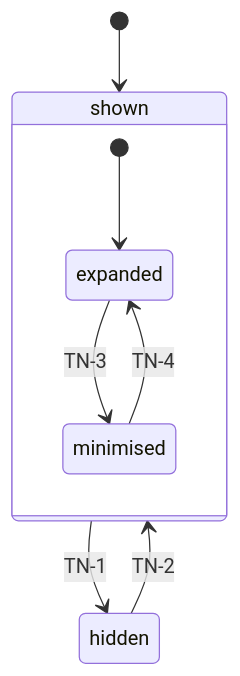
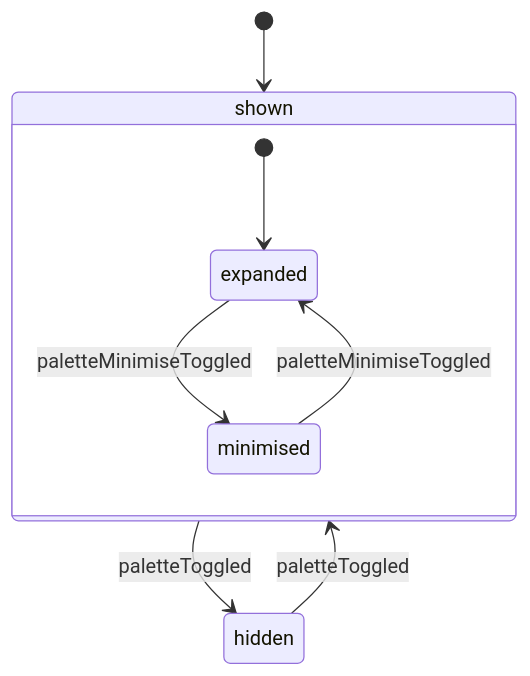
One commit to GoodRelax/gr-scheduler changed the second of 14 diagrams in docs/spec/_assets/tbl-state-machines.md. Above: the diagram before and after it, drawn with Mermaid. The commit also changed other lines of this file and 22 other files, not shown here.

````diff
--- a/docs/spec/_assets/tbl-state-machines.md
+++ b/docs/spec/_assets/tbl-state-machines.md
@@ -181,16 +115,16 @@
 ```mermaid
 stateDiagram-v2
     direction TB
-    [*] --> screen_palette_shown
-    screen_palette_shown : shown
-    state screen_palette_shown {
-        [*] --> screen_palette_shown_expanded
-        screen_palette_shown_expanded : expanded
-        screen_palette_shown_minimised : minimised
-        screen_palette_shown_expanded --> screen_palette_shown_minimised : TN-3
-        screen_palette_shown_minimised --> screen_palette_shown_expanded : TN-4
+    [*] --> paletteDisplayStateMachine_shown
+    paletteDisplayStateMachine_shown : shown
+    state paletteDisplayStateMachine_shown {
+        [*] --> paletteDisplayStateMachine_shown_expanded
+        paletteDisplayStateMachine_shown_expanded : expanded
+        paletteDisplayStateMachine_shown_minimised : minimised
+        paletteDisplayStateMachine_shown_expanded --> paletteDisplayStateMachine_shown_minimised : paletteMinimiseToggled
+        paletteDisplayStateMachine_shown_minimised --> paletteDisplayStateMachine_shown_expanded : paletteMinimiseToggled
     }
-    screen_palette_hidden : hidden
-    screen_palette_shown --> screen_palette_hidden : TN-1
-    screen_palette_hidden --> screen_palette_shown : TN-2
+    paletteDisplayStateMachine_hidden : hidden
+    paletteDisplayStateMachine_shown --> paletteDisplayStateMachine_hidden : paletteToggled
+    paletteDisplayStateMachine_hidden --> paletteDisplayStateMachine_shown : paletteToggled
 ```
````
